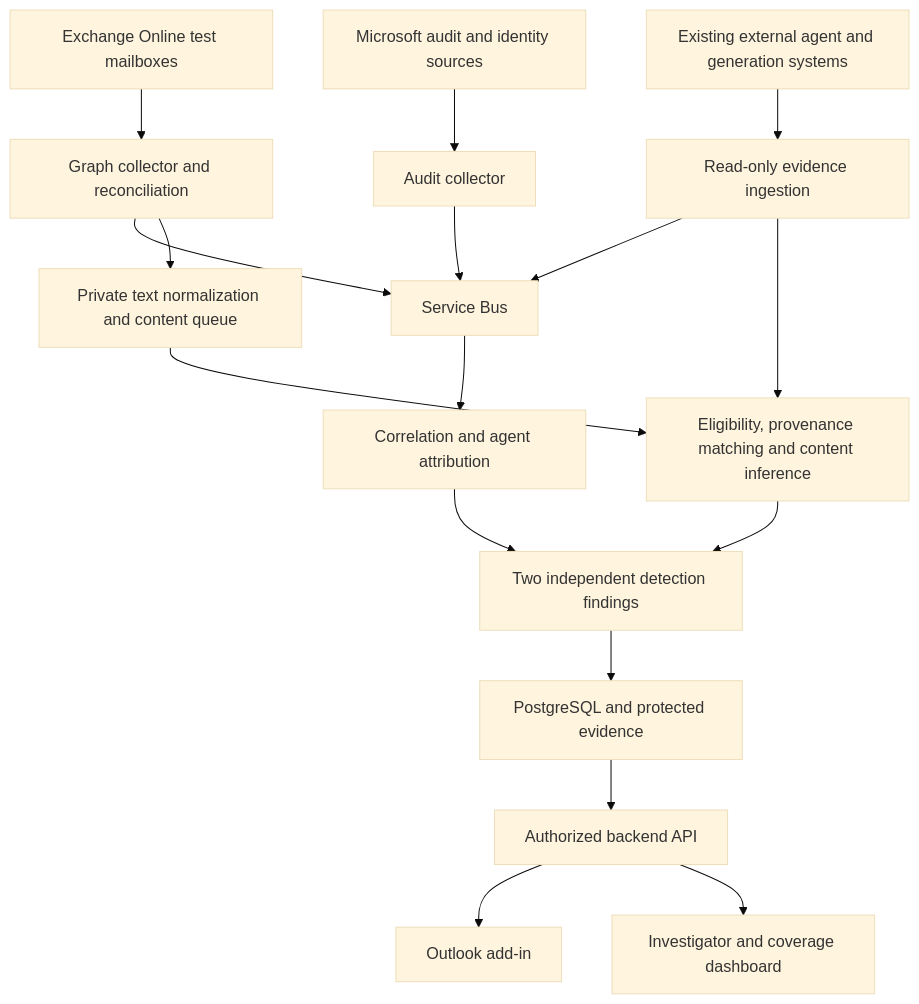
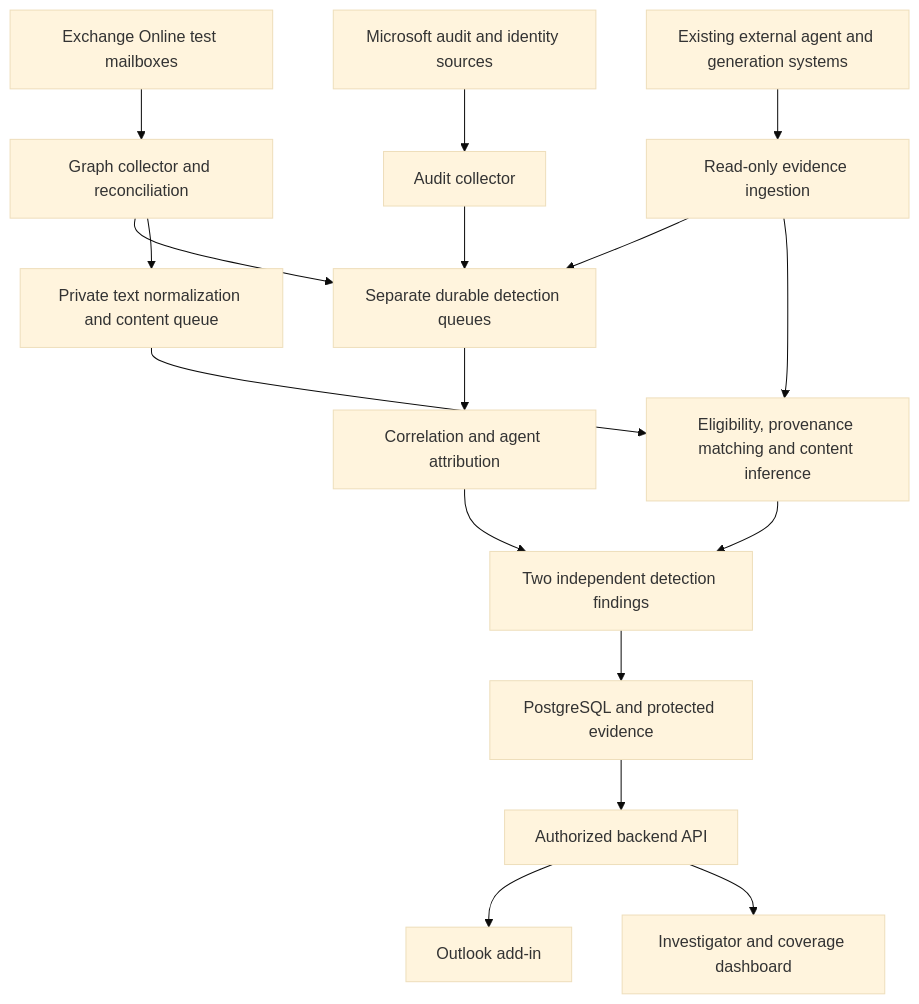
One commit to Kkb113/AgentTrace changed the diagram in implementation.md. Above: the diagram before and after it, drawn with Mermaid (base theme). The commit also changed other lines of this file, not shown here.

Commit message:
docs: prioritize agent attribution and research economical detection stack

````diff
--- a/implementation.md
+++ b/implementation.md
@@ -100,19 +107,19 @@
 ```mermaid
 flowchart TD
     A[Exchange Online test mailboxes] --> B[Graph collector and reconciliation]
     C[Existing external agent and generation systems] --> D[Read-only evidence ingestion]
     E[Microsoft audit and identity sources] --> F[Audit collector]
-    B --> G[Service Bus]
+    B --> G[Separate durable detection queues]
     D --> G
     F --> G
     G --> H[Correlation and agent attribution]
     B --> N[Private text normalization and content queue]
     N --> O[Eligibility, provenance matching and content inference]
     D --> O
     H --> P[Two independent detection findings]
     O --> P
     P --> I[PostgreSQL and protected evidence]
     I --> J[Authorized backend API]
     J --> K[Outlook add-in]
     J --> L[Investigator and coverage dashboard]
 ```
````
